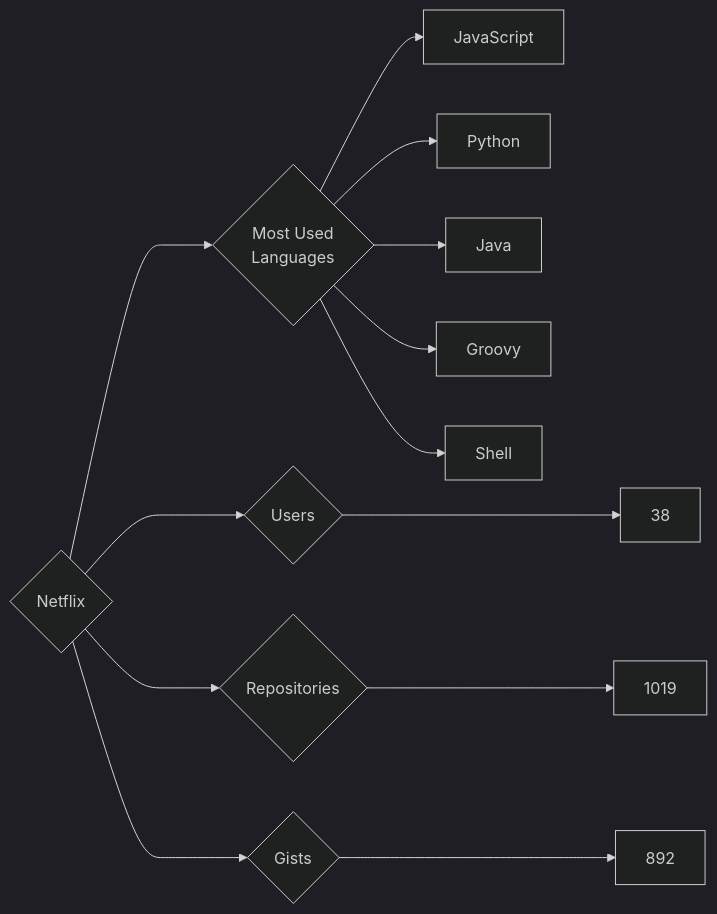
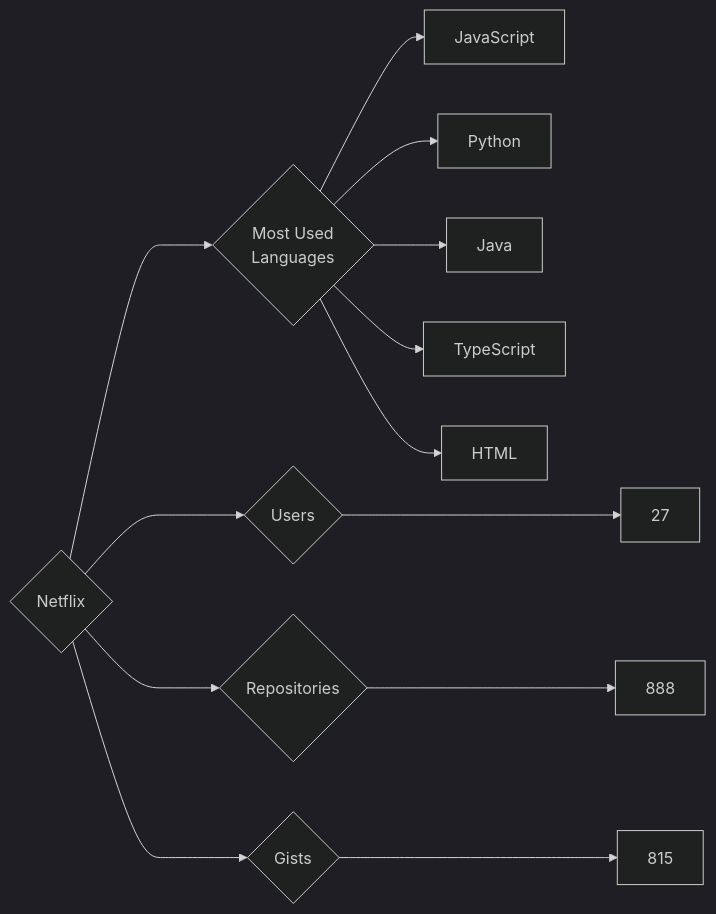
One commit to trickest/insiders changed the diagram in targets/Netflix/README.md. Above: the diagram before and after it, drawn with Mermaid (dark theme). The commit also changed 677 other files, not shown here.

````diff
--- a/targets/Netflix/README.md
+++ b/targets/Netflix/README.md
@@ -3,13 +3,13 @@
 ```mermaid
 graph LR
 COMPANY_NAME{Netflix}
-COMPANY_NAME ---> U{Users} ---> UN[38]
-COMPANY_NAME ---> R{Repositories} ---> RN[1019]
-COMPANY_NAME ---> G{Gists} ---> GN[892]
+COMPANY_NAME ---> U{Users} ---> UN[27]
+COMPANY_NAME ---> R{Repositories} ---> RN[888]
+COMPANY_NAME ---> G{Gists} ---> GN[815]
 COMPANY_NAME ---> ML{Most Used<br>Languages}
 ML --> JavaScript[JavaScript]
 ML --> Python[Python]
 ML --> Java[Java]
-ML --> Groovy[Groovy]
-ML --> Shell[Shell]
+ML --> TypeScript[TypeScript]
+ML --> HTML[HTML]
 ```
````
